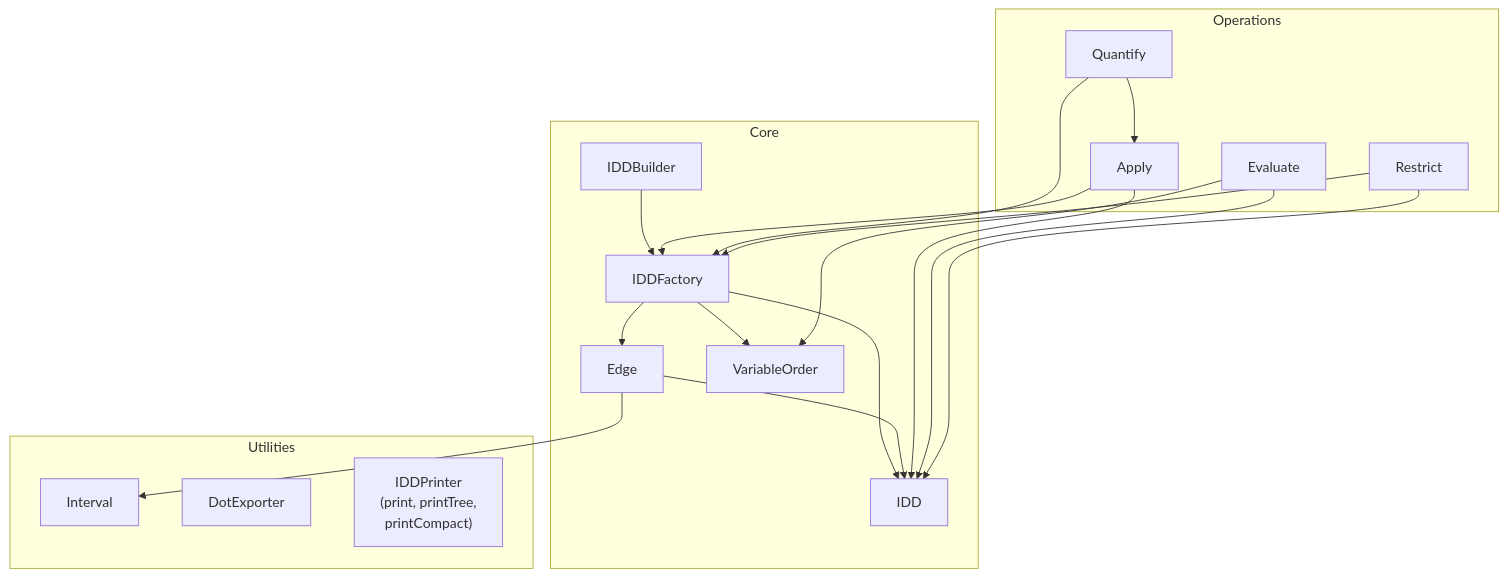
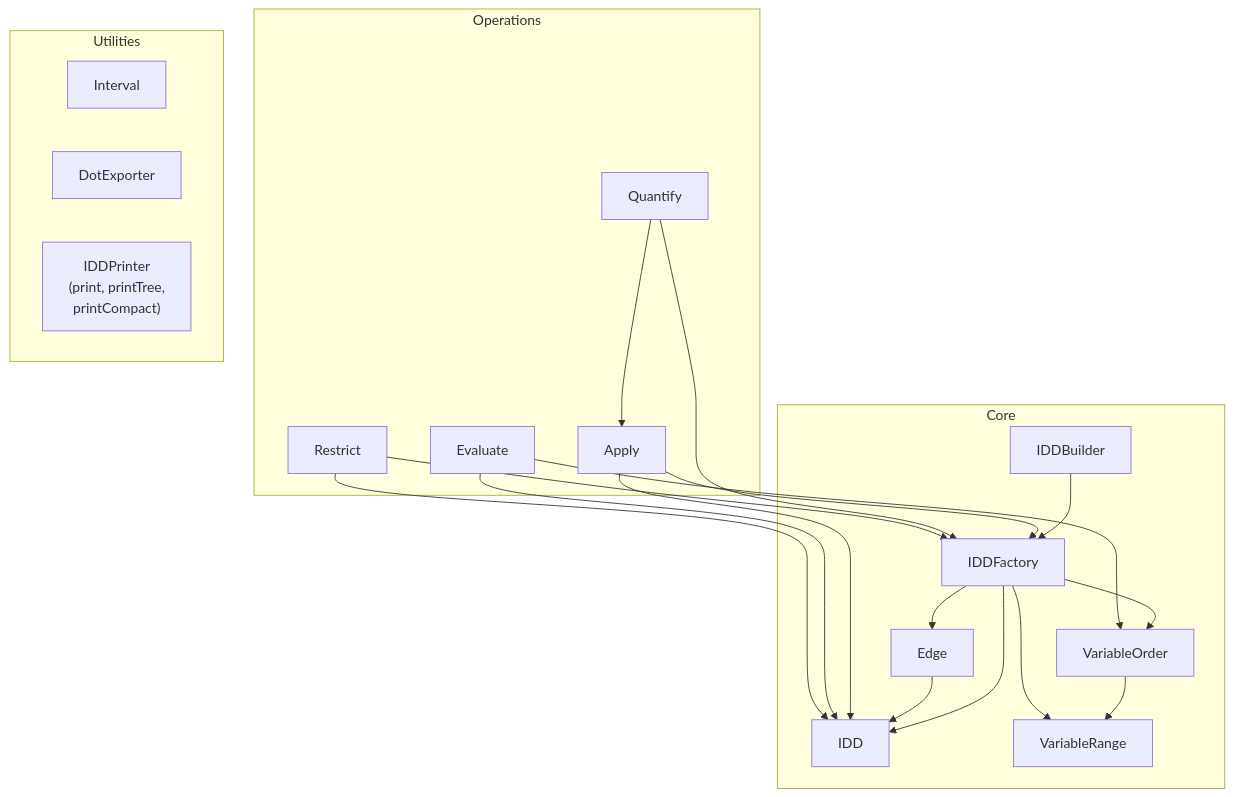
The first of 2 diagrams in docs/architecture.md (SnakeSolid/java-iddlite), drawn with Mermaid before and after one commit. The commit also changed other lines of this file and 16 other files, not shown here.

````diff
--- a/docs/architecture.md
+++ b/docs/architecture.md
@@ -21,39 +22,41 @@
 ```mermaid
 graph TD
     subgraph Core
         IDD["IDD"]
         Edge["Edge"]
         IDDFactory["IDDFactory"]
         IDDBuilder["IDDBuilder"]
         VariableOrder["VariableOrder"]
+        VariableRange["VariableRange"]
     end
 
     subgraph Operations
         Apply["Apply"]
         Evaluate["Evaluate"]
         Quantify["Quantify"]
         Restrict["Restrict"]
     end
 
     subgraph Utilities
         Interval["Interval"]
         DotExporter["DotExporter"]
         IDDPrinter["IDDPrinter\n(print, printTree,\nprintCompact)"]
     end
 
     IDDBuilder --> IDDFactory
     IDDFactory --> IDD
     IDDFactory --> Edge
     Edge --> IDD
-    Edge --> Interval
     IDDFactory --> VariableOrder
+    VariableOrder --> VariableRange
+    IDDFactory --> VariableRange
 
     Apply --> IDDFactory
     Apply --> IDD
     Evaluate --> IDD
     Evaluate --> VariableOrder
     Quantify --> IDDFactory
     Quantify --> Apply
     Restrict --> IDDFactory
     Restrict --> IDD
 ```
````
